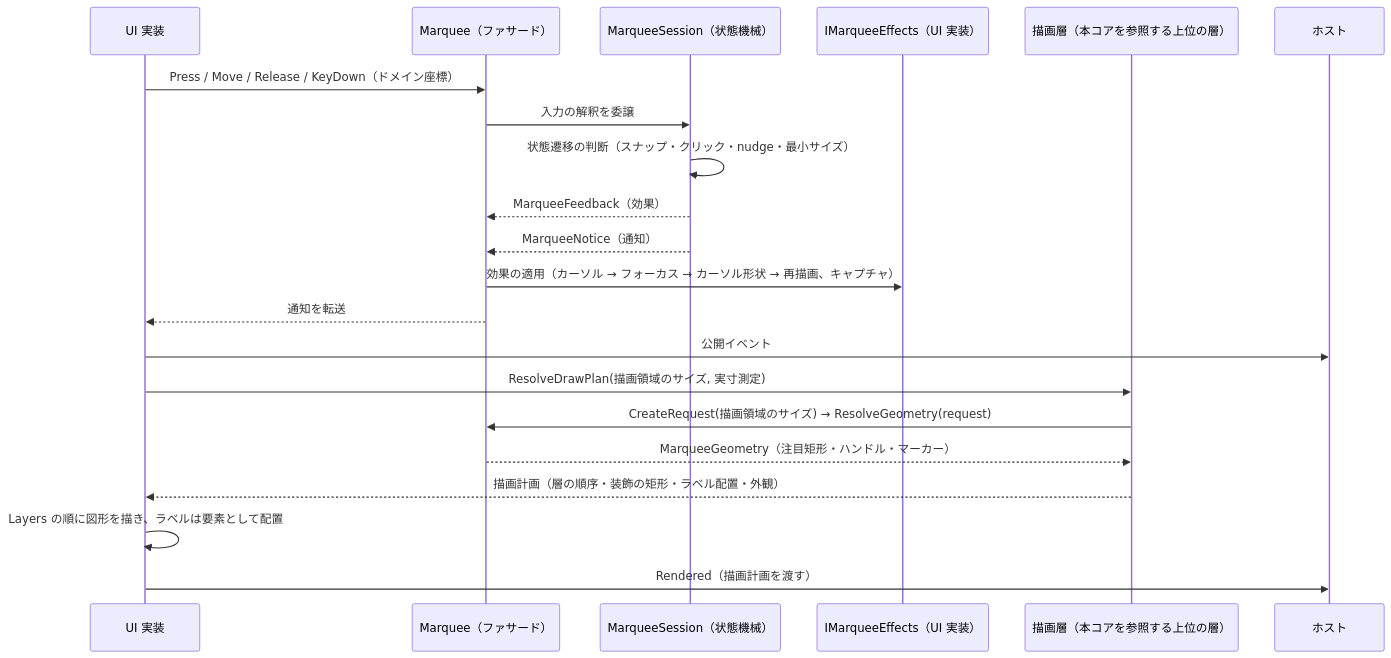
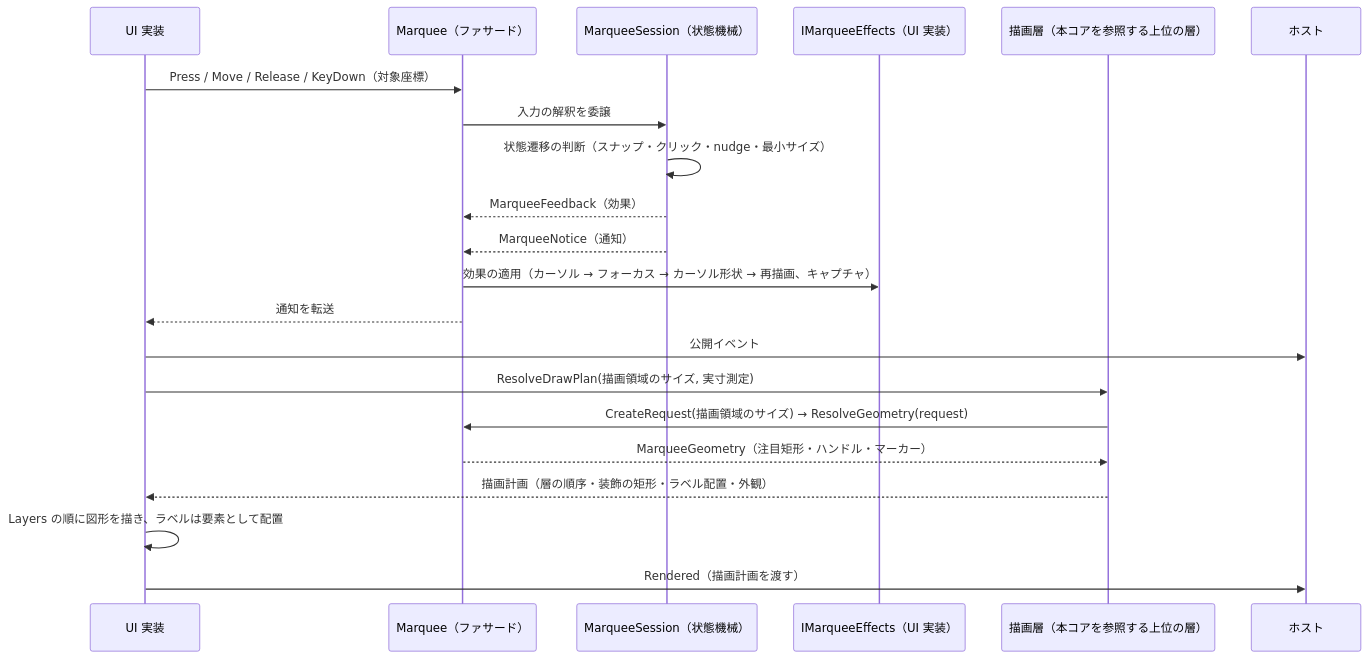
The first of 2 diagrams in src/Feature.Marquee.Core/docs/SPEC_System.md (tomokuni/SaveEvidence), drawn with Mermaid before and after one commit. The commit also changed other lines of this file and 192 other files, not shown here.

````diff
--- a/src/Feature.Marquee.Core/docs/SPEC_System.md
+++ b/src/Feature.Marquee.Core/docs/SPEC_System.md
@@ -62,24 +62,24 @@
 ```mermaid
 sequenceDiagram
     participant UI as UI 実装
     participant M as Marquee（ファサード）
     participant S as MarqueeSession（状態機械）
     participant E as IMarqueeEffects（UI 実装）
     participant P as 描画層（本コアを参照する上位の層）
     participant H as ホスト
 
-    UI->>M: Press / Move / Release / KeyDown（ドメイン座標）
+    UI->>M: Press / Move / Release / KeyDown（対象座標）
     M->>S: 入力の解釈を委譲
     S->>S: 状態遷移の判断（スナップ・クリック・nudge・最小サイズ）
     S-->>M: MarqueeFeedback（効果）
     S-->>M: MarqueeNotice（通知）
     M->>E: 効果の適用（カーソル → フォーカス → カーソル形状 → 再描画、キャプチャ）
     M-->>UI: 通知を転送
     UI->>H: 公開イベント
     UI->>P: ResolveDrawPlan(描画領域のサイズ, 実寸測定)
     P->>M: CreateRequest(描画領域のサイズ) → ResolveGeometry(request)
     M-->>P: MarqueeGeometry（注目矩形・ハンドル・マーカー）
     P-->>UI: 描画計画（層の順序・装飾の矩形・ラベル配置・外観）
     UI->>UI: Layers の順に図形を描き、ラベルは要素として配置
     UI->>H: Rendered（描画計画を渡す）
 ```
````
